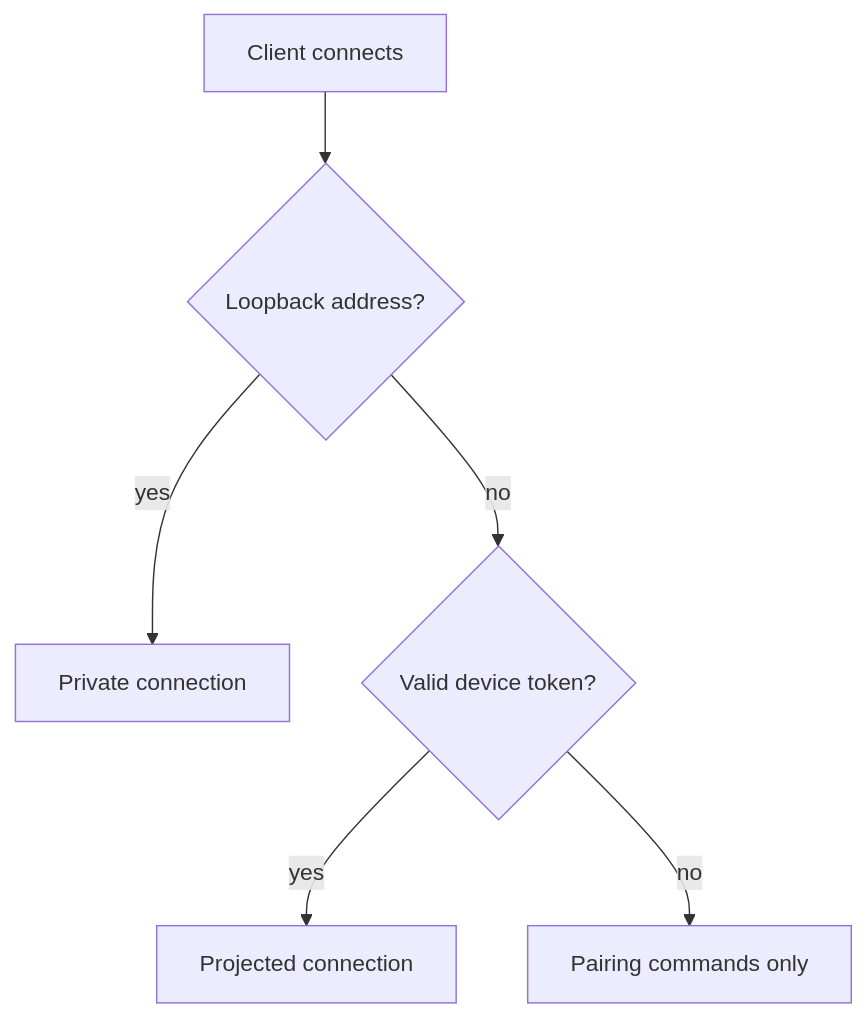
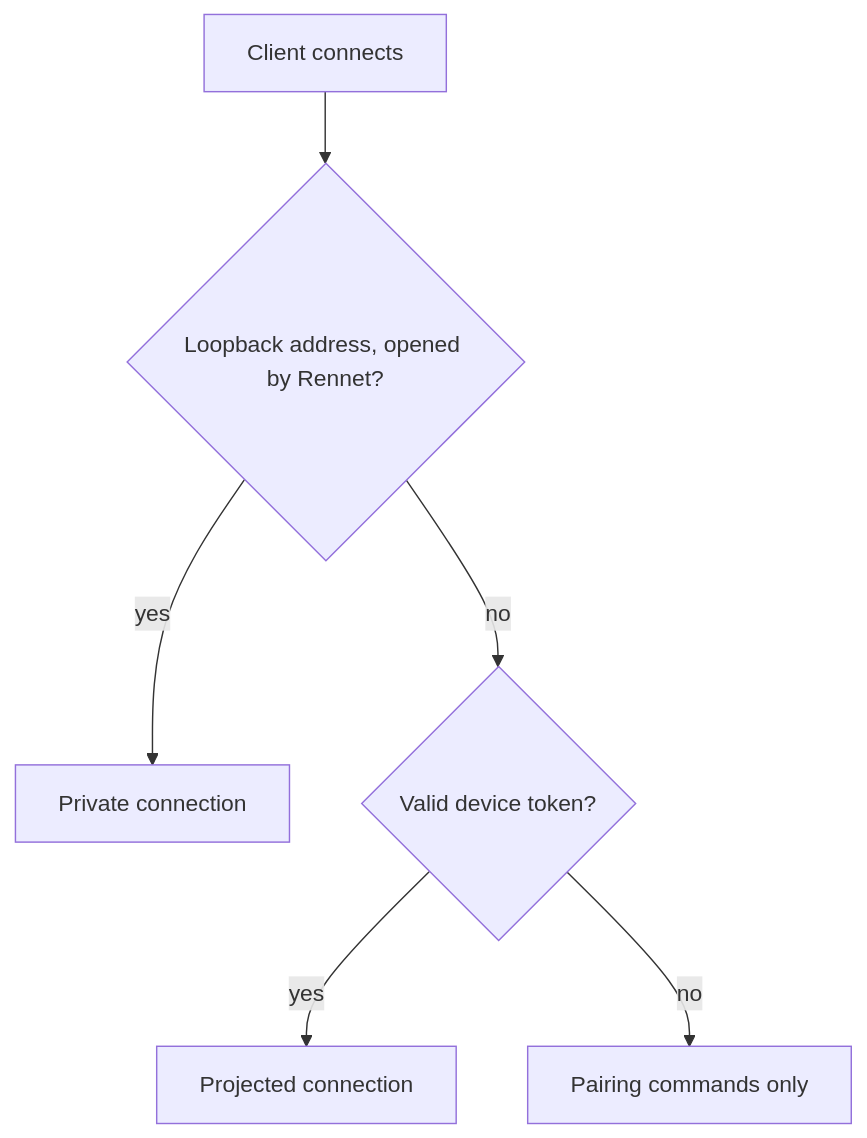
One commit to rbutera/Rennet changed the diagram in docs/using/guides/remote-access.md. Above: the diagram before and after it, drawn with Mermaid. The commit also changed other lines of this file and 6 other files, not shown here.

First line of the commit message:
fix(server): trust a loopback socket only from a Rennet origin (#974)

````diff
--- a/docs/using/guides/remote-access.md
+++ b/docs/using/guides/remote-access.md
@@ -18,8 +18,8 @@
 ```mermaid
 flowchart TD
-  hello[Client connects] --> loop{Loopback address?}
+  hello[Client connects] --> loop{Loopback address, opened by Rennet?}
   loop -->|yes| private[Private connection]
   loop -->|no| tok{Valid device token?}
   tok -->|yes| projected[Projected connection]
   tok -->|no| pair[Pairing commands only]
 ```
````
